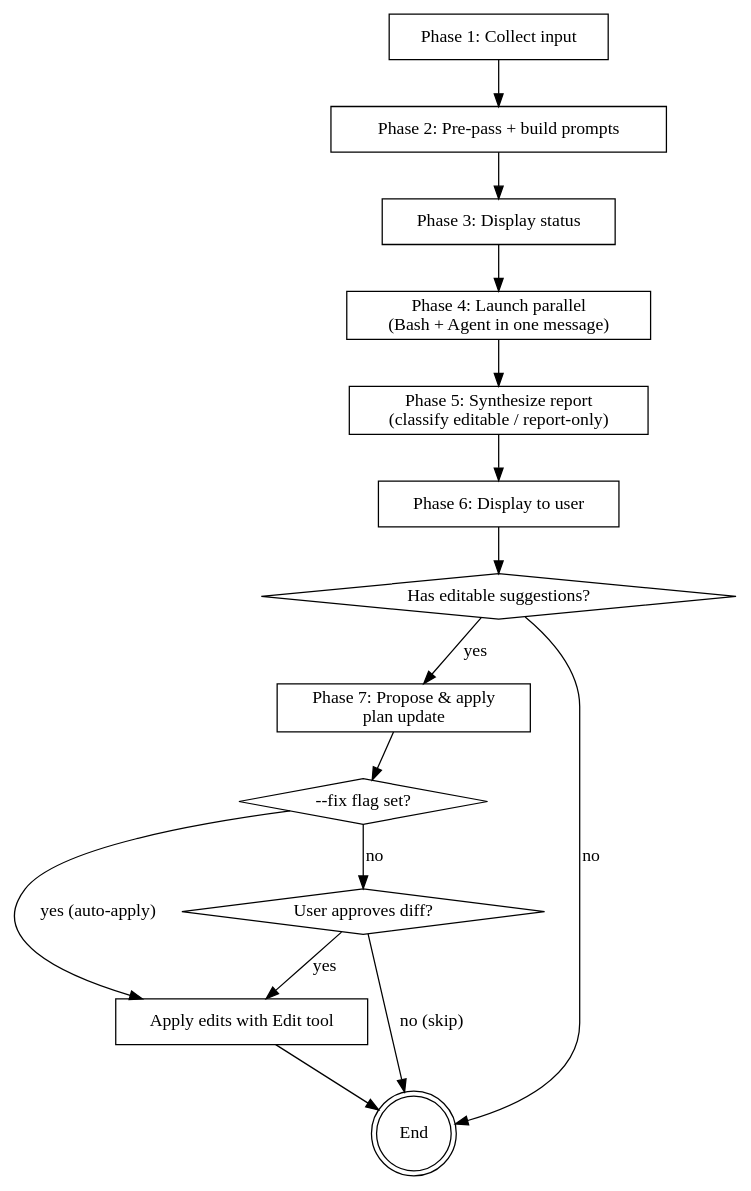
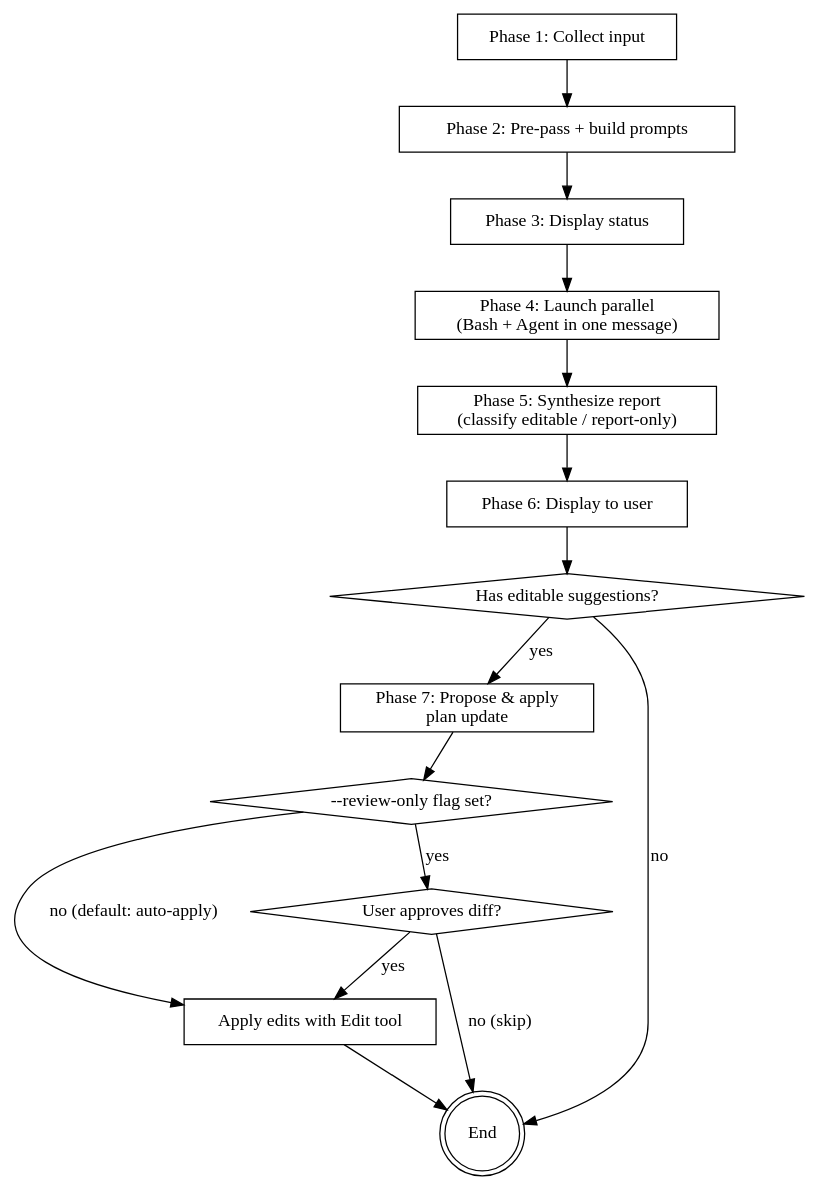
The diagram in skills/plan-review/SKILL.md (not-elm/forte), drawn with Graphviz before and after one commit. The commit also changed other lines of this file and 3 other files, not shown here.

First line of the commit message:
feat(spec-review,plan-review): make auto-apply the default, add --review-only opt-out

````diff
--- a/skills/plan-review/SKILL.md
+++ b/skills/plan-review/SKILL.md
@@ -55,32 +55,32 @@
 ```dot
 digraph plan_review {
     rankdir=TB;
     "Phase 1: Collect input" [shape=box];
     "Phase 2: Pre-pass + build prompts" [shape=box];
     "Phase 3: Display status" [shape=box];
     "Phase 4: Launch parallel\n(Bash + Agent in one message)" [shape=box];
     "Phase 5: Synthesize report\n(classify editable / report-only)" [shape=box];
     "Phase 6: Display to user" [shape=box];
     "Phase 7: Propose & apply\nplan update" [shape=box];
     "Has editable suggestions?" [shape=diamond];
-    "--fix flag set?" [shape=diamond];
+    "--review-only flag set?" [shape=diamond];
     "User approves diff?" [shape=diamond];
     "Apply edits with Edit tool" [shape=box];
     "End" [shape=doublecircle];
 
     "Phase 1: Collect input" -> "Phase 2: Pre-pass + build prompts";
     "Phase 2: Pre-pass + build prompts" -> "Phase 3: Display status";
     "Phase 3: Display status" -> "Phase 4: Launch parallel\n(Bash + Agent in one message)";
     "Phase 4: Launch parallel\n(Bash + Agent in one message)" -> "Phase 5: Synthesize report\n(classify editable / report-only)";
     "Phase 5: Synthesize report\n(classify editable / report-only)" -> "Phase 6: Display to user";
     "Phase 6: Display to user" -> "Has editable suggestions?";
     "Has editable suggestions?" -> "Phase 7: Propose & apply\nplan update" [label="yes"];
     "Has editable suggestions?" -> "End" [label="no"];
-    "Phase 7: Propose & apply\nplan update" -> "--fix flag set?";
-    "--fix flag set?" -> "Apply edits with Edit tool" [label="yes (auto-apply)"];
-    "--fix flag set?" -> "User approves diff?" [label="no"];
+    "Phase 7: Propose & apply\nplan update" -> "--review-only flag set?";
+    "--review-only flag set?" -> "User approves diff?" [label="yes"];
+    "--review-only flag set?" -> "Apply edits with Edit tool" [label="no (default: auto-apply)"];
     "User approves diff?" -> "Apply edits with Edit tool" [label="yes"];
     "User approves diff?" -> "End" [label="no (skip)"];
     "Apply edits with Edit tool" -> "End";
 }
 ```
````
